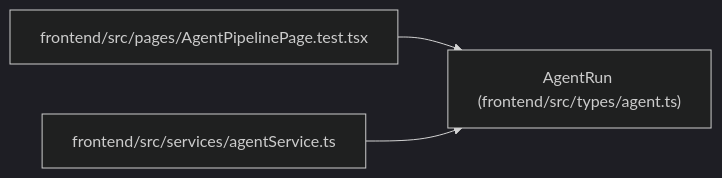
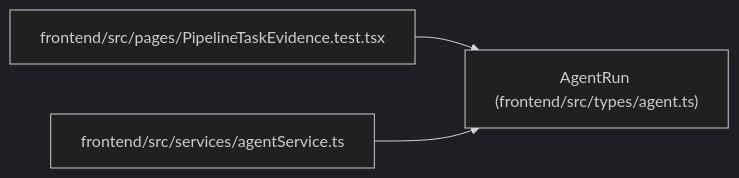
The diagram in docs/llm_wiki/entities/types_agent_AgentRun.md (Denissvgn/WorkChord), drawn with Mermaid (dark theme) before and after one commit. The commit also changed other lines of this file and 2373 other files, not shown here.

````diff
--- a/docs/llm_wiki/entities/types_agent_AgentRun.md
+++ b/docs/llm_wiki/entities/types_agent_AgentRun.md
@@ -49,11 +49,11 @@
 ```mermaid
 flowchart LR
     n0["AgentRun (frontend/src/types/agent.ts)"]
-    n1["frontend/src/pages/AgentPipelinePage.test.tsx"]
+    n1["frontend/src/pages/PipelineTaskEvidence.test.tsx"]
     n2["frontend/src/services/agentService.ts"]
     n1 --> n0
     n2 --> n0
     click n0 "../modules/types_agent.md"
-    click n1 "../modules/AgentPipelinePage.test.md"
+    click n1 "../modules/PipelineTaskEvidence.test.md"
     click n2 "../modules/agentService.md"
 ```
````
